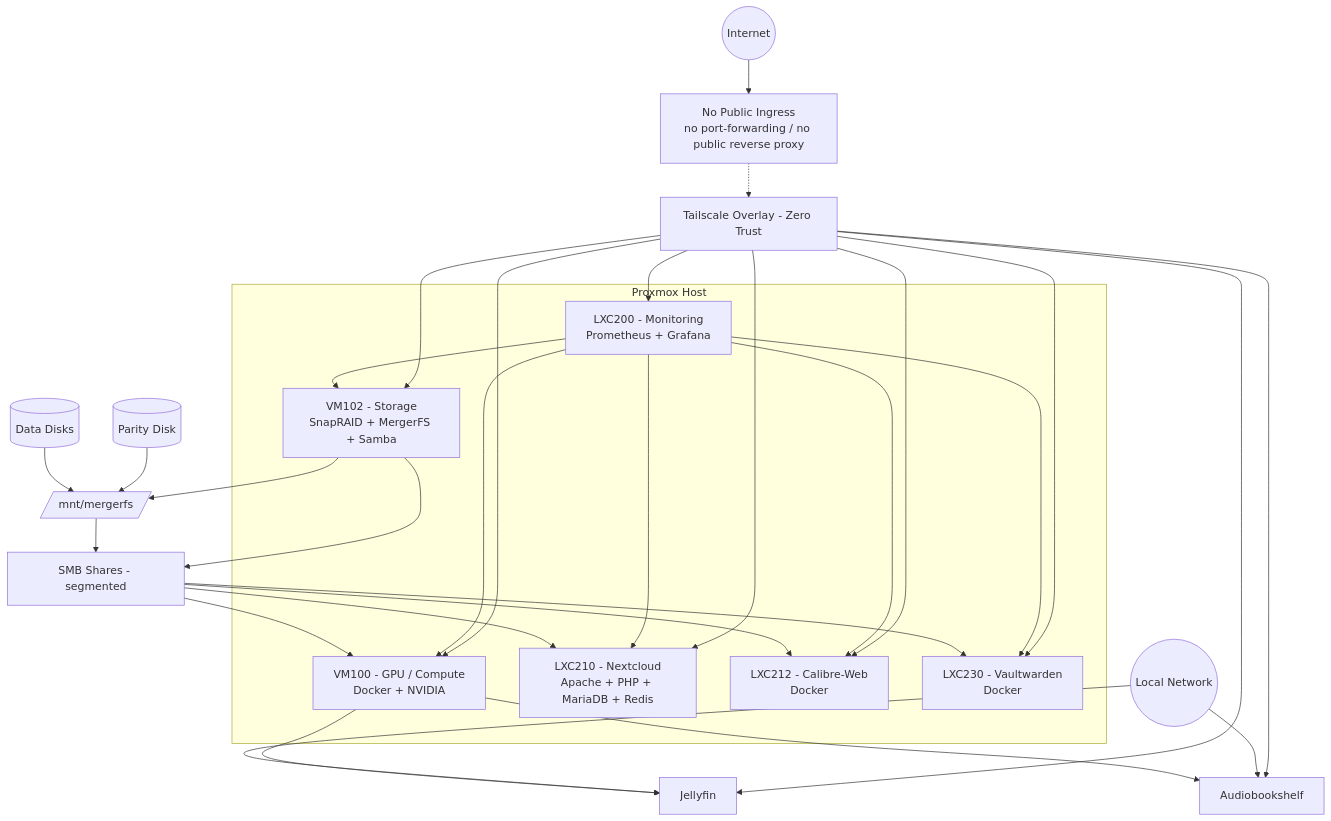
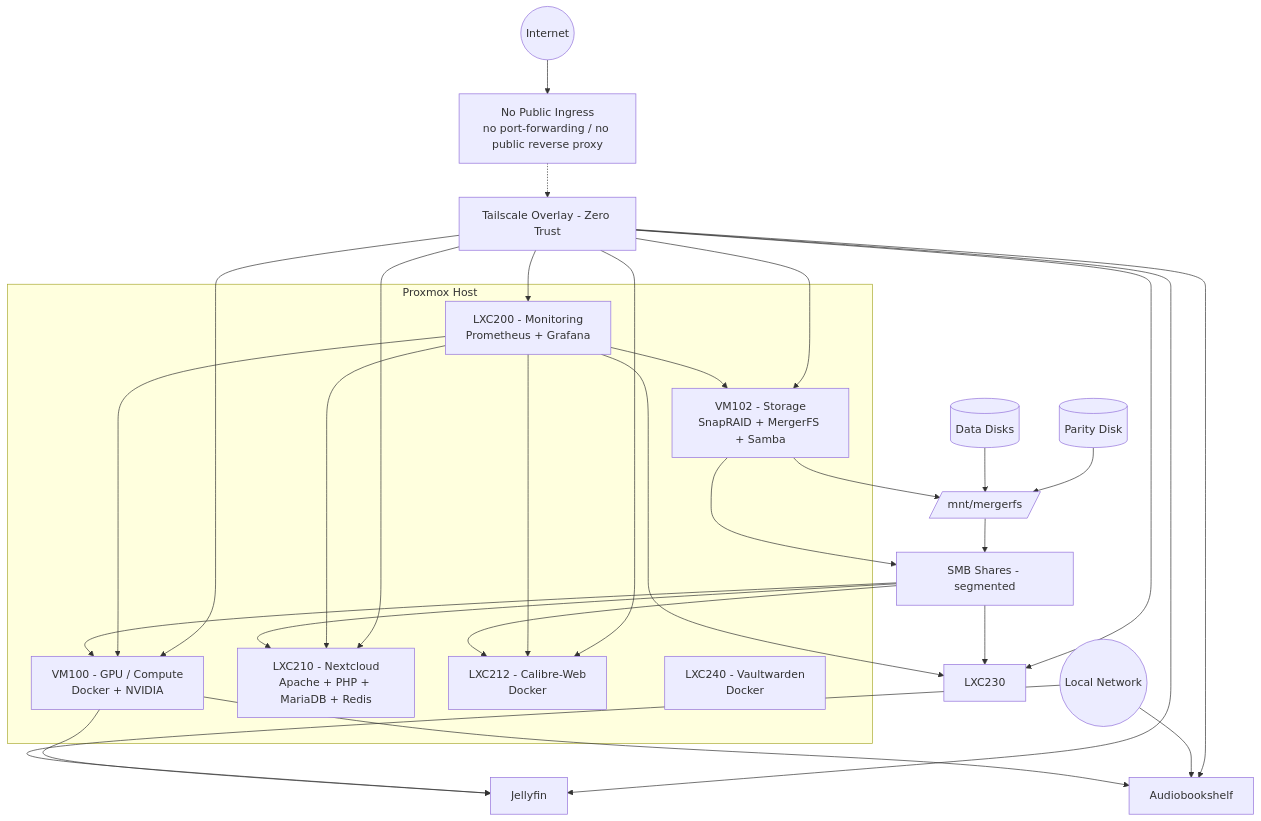
The diagram in docs/architecture/diagram.md (sohanreddyk/homelab-server-architecture), drawn with Mermaid before and after one commit.

Commit message:
Rename LXC230 to LXC240 for Vaultwarden

````diff
--- a/docs/architecture/diagram.md
+++ b/docs/architecture/diagram.md
@@ -9,66 +9,66 @@
 ```mermaid
 flowchart TB
 
   %% Access Layers
   Internet((Internet))
   LAN((Local Network))
   TS[Tailscale Overlay - Zero Trust]
   NoPublic[No Public Ingress<br/>no port-forwarding / no public reverse proxy]
 
   Internet --> NoPublic
   NoPublic -.-> TS
 
   %% Proxmox Layer
   subgraph Proxmox Host
     VM102[VM102 - Storage<br/>SnapRAID + MergerFS + Samba]
     VM100[VM100 - GPU / Compute<br/>Docker + NVIDIA]
     LXC200[LXC200 - Monitoring<br/>Prometheus + Grafana]
     LXC210[LXC210 - Nextcloud<br/>Apache + PHP + MariaDB + Redis]
     LXC212[LXC212 - Calibre-Web<br/>Docker]
-    LXC230[LXC230 - Vaultwarden<br/>Docker]
+    LXC240[LXC240 - Vaultwarden<br/>Docker]
   end
 
   %% Storage Internals
   Disks[(Data Disks)]
   Parity[(Parity Disk)]
   MergerFS[/mnt/mergerfs/]
   Samba[SMB Shares - segmented]
 
   Disks --> MergerFS
   Parity --> MergerFS
   MergerFS --> Samba
   VM102 --> MergerFS
   VM102 --> Samba
 
   %% Storage Consumers
   Samba --> VM100
   Samba --> LXC210
   Samba --> LXC212
   Samba --> LXC230
 
   %% VM100 Services
   VM100 --> Jellyfin[Jellyfin]
   VM100 --> ABS[Audiobookshelf]
 
   %% Monitoring Targets
   LXC200 --> VM102
   LXC200 --> VM100
   LXC200 --> LXC210
   LXC200 --> LXC212
   LXC200 --> LXC230
 
   %% Access Model
   TS --> VM100
   TS --> VM102
   TS --> LXC200
   TS --> LXC210
   TS --> LXC212
   TS --> LXC230
 
   LAN --> Jellyfin
   LAN --> ABS
 
   TS --> Jellyfin
   TS --> ABS
 
 ```
````
